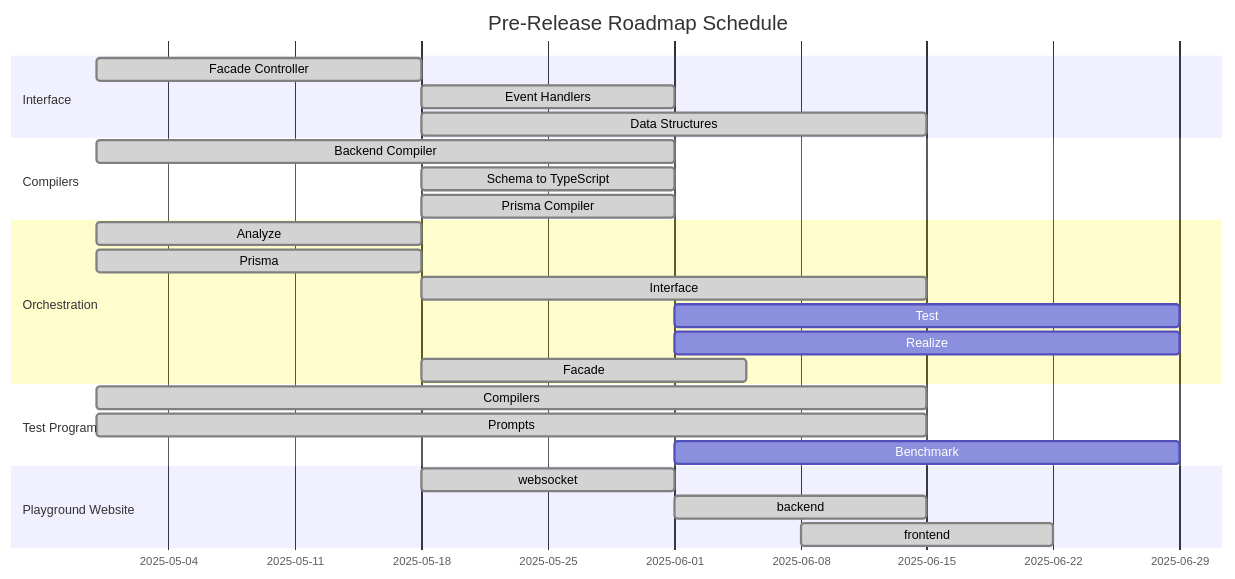
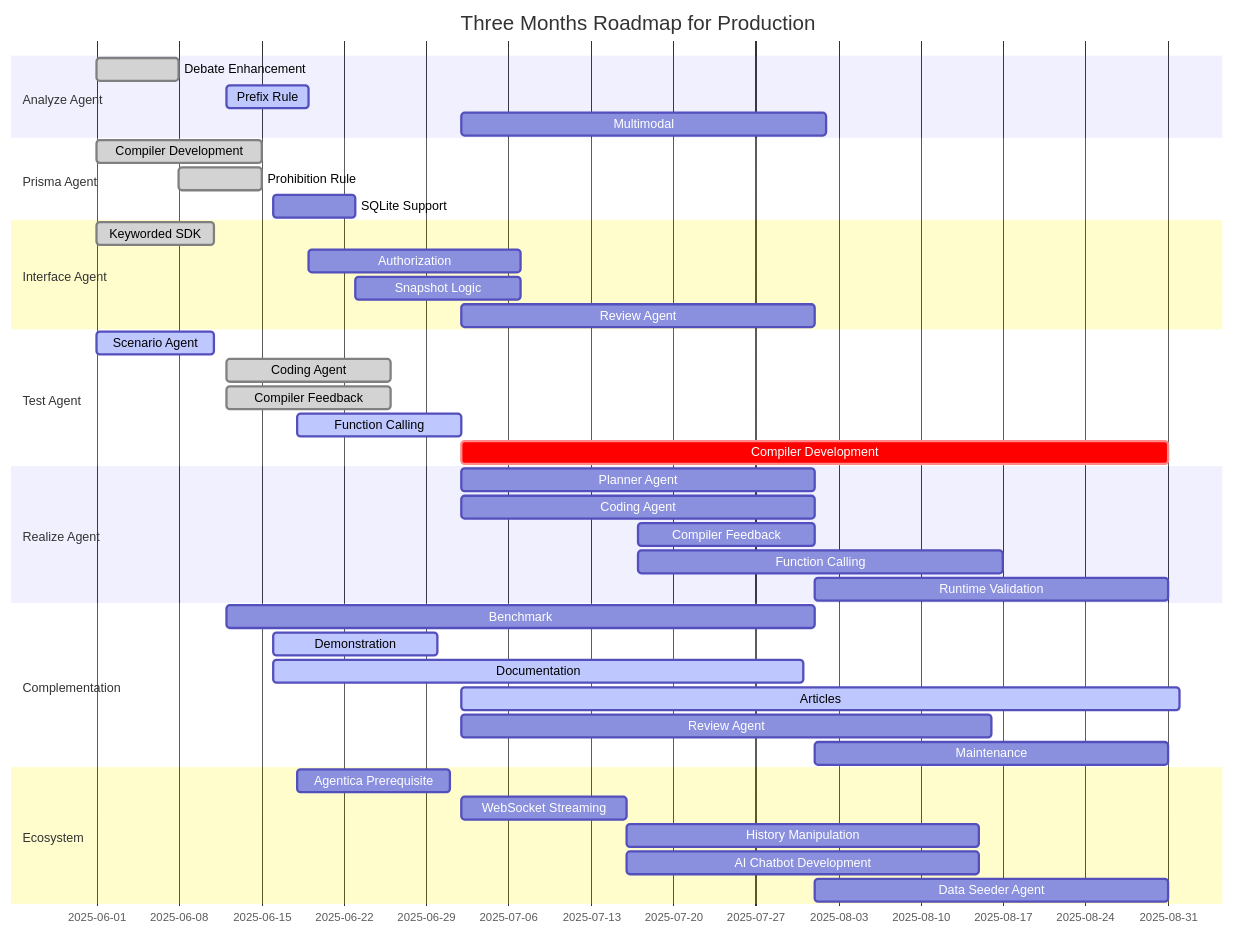
Before and after one commit to wrtnlabs/autobe: the third of 4 diagrams in README.md, drawn with Mermaid. The commit also changed other lines of this file and 2 other files, not shown here.

Commit message:
feat(website): new authorization plan to roadmap

````diff
--- a/README.md
+++ b/README.md
@@ -219,33 +217,50 @@
 ```mermaid
 gantt
   dateFormat YYYY-MM-DD
-  title Pre-Release Roadmap Schedule
+  title Three Months Roadmap for Production
 
-  section Interface
-  Facade Controller: done, 2025-04-30, 18d
-  Event Handlers:    done, 2025-05-18, 14d
-  Data Structures:   done, 2025-05-18, 28d
+  section Analyze Agent
+  Debate Enhancement: done,    2025-06-01,  7d
+  Prefix Rule:          active,  2025-06-12,  7d
+  Multimodal:           planned, 2025-07-02, 31d
 
-  section Compilers
-  Backend Compiler:     done, 2025-04-30, 32d
-  Schema to TypeScript: done, 2025-05-18, 14d
-  Prisma Compiler:      done, 2025-05-18, 14d
+  section Prisma Agent
+  Compiler Development: done,    2025-06-01, 14d
+  Prohibition Rule:     done,    2025-06-08,  7d
+  SQLite Support:       planned, 2025-06-16,  7d
 
-  section Orchestration
-  Analyze  : done,    2025-04-30, 18d
-  Prisma   : done,    2025-04-30, 18d
-  Interface: done,    2025-05-18, 28d
-  Test     : planned, 2025-06-01, 28d
-  Realize  : planned, 2025-06-01, 28d
-  Facade   : done,    2025-05-18, 18d
+  section Interface Agent
+  Keyworded SDK:  done,    2025-06-01, 10d
+  Authorization:  planned, 2025-06-19, 18d
+  Snapshot Logic: planned, 2025-06-23, 14d
+  Review Agent:   planned, 2025-07-02, 30d
 
-  section Test Program
-  Compilers: done,    2025-04-30, 46d
-  Prompts:   done,    2025-04-30, 46d
-  Benchmark: planned, 2025-06-01, 28d
+  section Test Agent
+  Scenario Agent:       active, 2025-06-01, 10d        
+  Coding Agent:         done,   2025-06-12, 14d
+  Compiler Feedback:    done,   2025-06-12, 14d
+  Function Calling:     active, 2025-06-18, 14d
+  Compiler Development: crit,   2025-07-02, 60d
 
-  section Playground Website
-  websocket: done, 2025-05-18, 14d
-  backend  : done, 2025-06-01, 14d
-  frontend : done, 2025-06-08, 14d
+  section Realize Agent
+  Planner Agent:      planned, 2025-07-02, 30d
+  Coding Agent:       planned, 2025-07-02, 30d
+  Compiler Feedback:  planned, 2025-07-17, 15d
+  Function Calling:   planned, 2025-07-17, 31d
+  Runtime Validation: planned, 2025-08-01, 30d
+
+  section Complementation
+  Benchmark:     planned, 2025-06-12, 50d
+  Demonstration: active,  2025-06-16, 14d
+  Documentation: active,  2025-06-16, 45d
+  Articles:      active,  2025-07-02, 61d
+  Review Agent:  planned, 2025-07-02, 45d
+  Maintenance:   planned, 2025-08-01, 30d
+
+  section Ecosystem
+  Agentica Prerequisite:  planned, 2025-06-18, 13d
+  WebSocket Streaming:    planned, 2025-07-02, 14d
+  History Manipulation:   planned, 2025-07-16, 30d
+  AI Chatbot Development: planned, 2025-07-16, 30d
+  Data Seeder Agent:      planned, 2025-08-01, 30d
 ```
````
